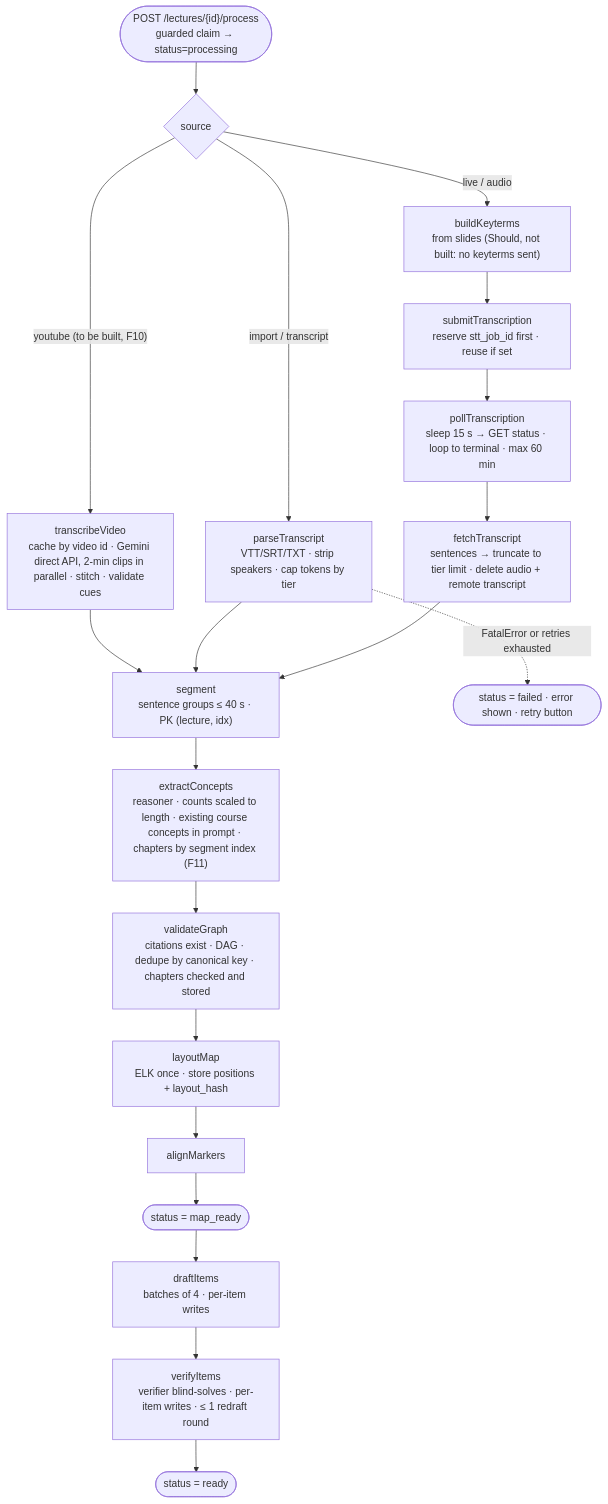
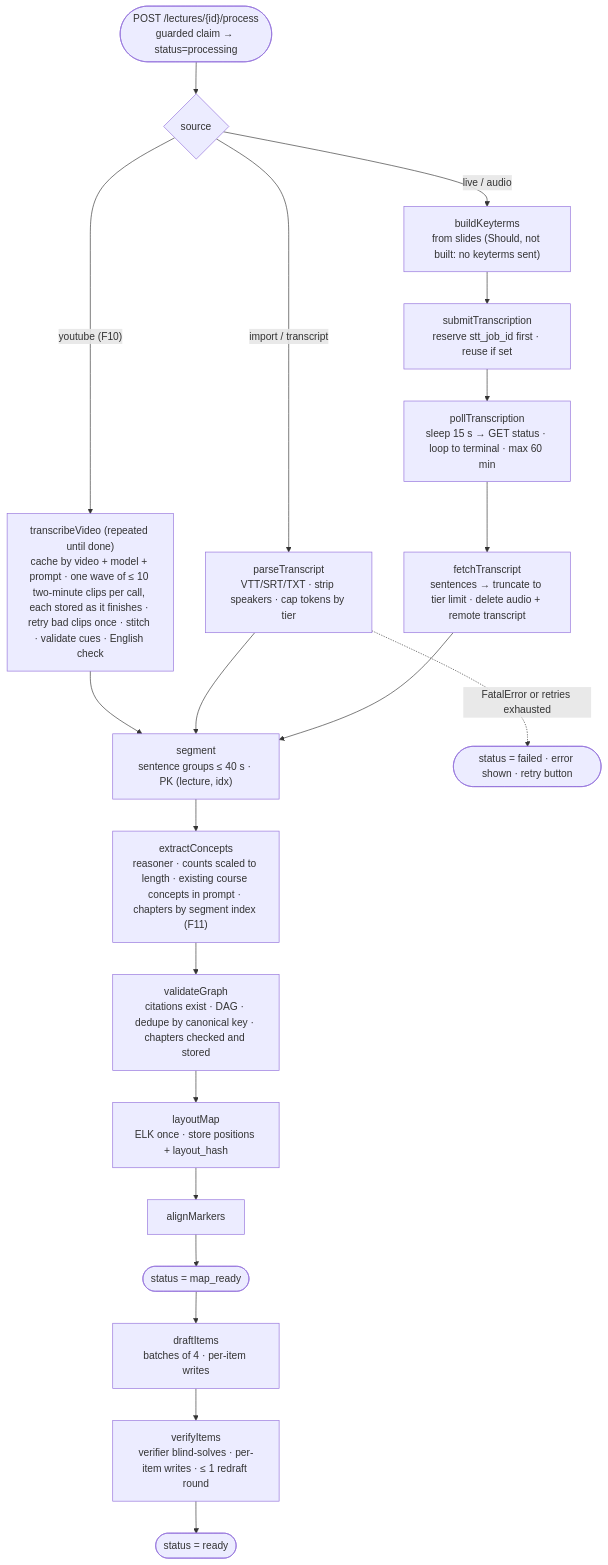
Before and after one commit to adamchok/Lectheo: the fourth of 6 diagrams in docs/Lectheo Architecture.md, drawn with Mermaid. The commit also changed other lines of this file and 75 other files, not shown here.

````diff
--- a/docs/Lectheo Architecture.md
+++ b/docs/Lectheo Architecture.md
@@ -201,22 +201,22 @@
 ```mermaid
 flowchart TD
     start(["POST /lectures/{id}/process<br/>guarded claim → status=processing"]) --> src{"source"}
-    src -- "youtube (to be built, F10)" --> tv["transcribeVideo<br/>cache by video id · Gemini direct API, 2-min clips in parallel · stitch · validate cues"]
+    src -- "youtube (F10)" --> tv["transcribeVideo (repeated until done)<br/>cache by video + model + prompt · one wave of ≤ 10 two-minute clips per call, each stored as it finishes · retry bad clips once · stitch · validate cues · English check"]
     tv --> seg
     src -- "import / transcript" --> pt["parseTranscript<br/>VTT/SRT/TXT · strip speakers · cap tokens by tier"]
     src -- "live / audio" --> kt["buildKeyterms<br/>from slides (Should, not built: no keyterms sent)"]
     kt --> sub["submitTranscription<br/>reserve stt_job_id first · reuse if set"]
     sub --> poll["pollTranscription<br/>sleep 15 s → GET status · loop to terminal · max 60 min"]
     poll --> fetch["fetchTranscript<br/>sentences → truncate to tier limit · delete audio + remote transcript"]
     pt --> seg["segment<br/>sentence groups ≤ 40 s · PK (lecture, idx)"]
     fetch --> seg
     seg --> ex["extractConcepts<br/>reasoner · counts scaled to length · existing course concepts in prompt · chapters by segment index (F11)"]
     ex --> vg["validateGraph<br/>citations exist · DAG · dedupe by canonical key · chapters checked and stored"]
     vg --> lay["layoutMap<br/>ELK once · store positions + layout_hash"]
     lay --> al["alignMarkers"]
     al --> mr(["status = map_ready"])
     mr --> dr["draftItems<br/>batches of 4 · per-item writes"]
     dr --> vf["verifyItems<br/>verifier blind-solves · per-item writes · ≤ 1 redraft round"]
     vf --> done(["status = ready"])
     pt -. "FatalError or retries exhausted" .-> fail(["status = failed · error shown · retry button"])
 ```
````
